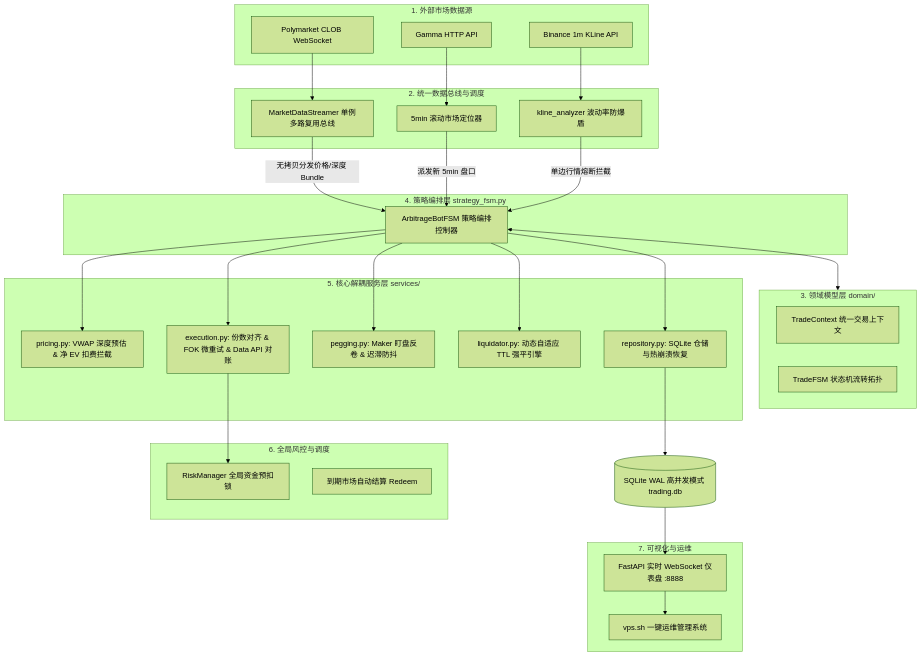
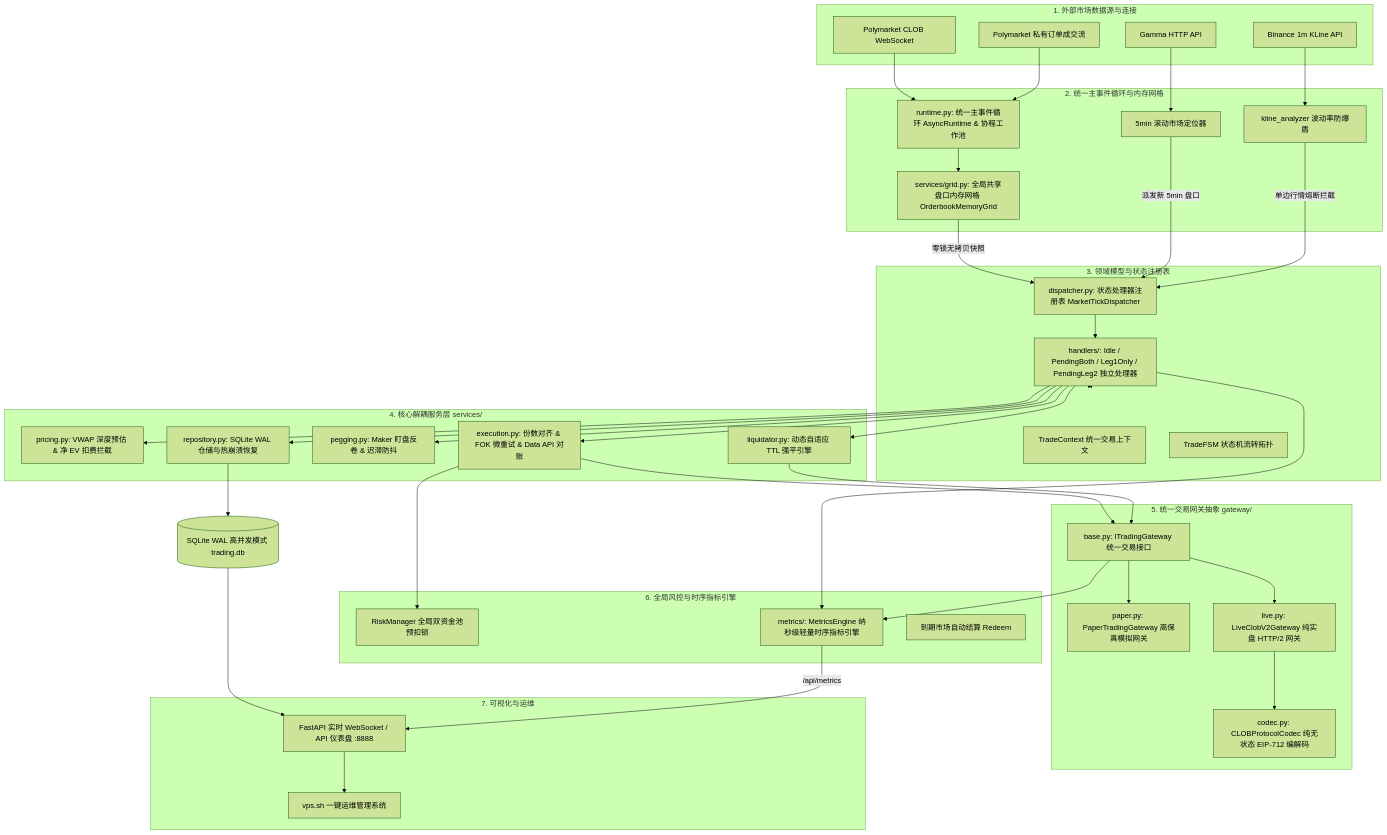
One commit to jiyaoghl/polymarket-fsm-arbitrage changed the diagram in README.md. Above: the diagram before and after it, drawn with Mermaid (forest theme). The commit also changed other lines of this file and 32 other files, not shown here.

````diff
--- a/README.md
+++ b/README.md
@@ -9,62 +9,81 @@
 ```mermaid
 flowchart TD
-    subgraph Market_Data [1. 外部市场数据源]
+    subgraph Market_Data [1. 外部市场数据源与连接]
         WS[Polymarket CLOB WebSocket]
+        USER_WS[Polymarket 私有订单成交流]
         GAMMA[Gamma HTTP API]
         BINANCE[Binance 1m KLine API]
     end
 
-    subgraph Data_Bus [2. 统一数据总线与调度]
-        STREAMER[MarketDataStreamer 单例多路复用总线]
+    subgraph Data_Bus [2. 统一主事件循环与内存网格]
+        RUNTIME[runtime.py: 统一主事件循环 AsyncRuntime & 协程工作池]
+        GRID[services/grid.py: 全局共享盘口内存网格 OrderbookMemoryGrid]
         DISCOVER[5min 滚动市场定位器]
         CHOP_FILTER[kline_analyzer 波动率防爆盾]
     end
 
-    WS --> STREAMER
+    WS --> RUNTIME
+    USER_WS --> RUNTIME
+    RUNTIME --> GRID
     GAMMA --> DISCOVER
     BINANCE --> CHOP_FILTER
 
-    subgraph Domain_Layer [3. 领域模型层 domain/]
+    subgraph Domain_Layer [3. 领域模型与状态注册表]
         MODELS[TradeContext 统一交易上下文]
         FSM[TradeFSM 状态机流转拓扑]
+        DISPATCHER[dispatcher.py: 状态处理器注册表 MarketTickDispatcher]
+        HANDLERS[handlers/: Idle / PendingBoth / Leg1Only / PendingLeg2 独立处理器]
     end
 
-    subgraph Strategy_Matrix [4. 策略编排层 strategy_fsm.py]
-        ORCHESTRATOR[ArbitrageBotFSM 策略编排控制器]
-    end
+    GRID -->|零锁无拷贝快照| DISPATCHER
+    DISPATCHER --> HANDLERS
+    DISCOVER -->|派发新 5min 盘口| DISPATCHER
+    CHOP_FILTER -->|单边行情熔断拦截| DISPATCHER
+    HANDLERS <--> Domain_Layer
 
-    STREAMER -->|无拷贝分发价格/深度 Bundle| ORCHESTRATOR
-    DISCOVER -->|派发新 5min 盘口| ORCHESTRATOR
-    CHOP_FILTER -->|单边行情熔断拦截| ORCHESTRATOR
-    ORCHESTRATOR <--> Domain_Layer
-
-    subgraph Core_Services [5. 核心解耦服务层 services/]
+    subgraph Core_Services [4. 核心解耦服务层 services/]
         PRICING[pricing.py: VWAP 深度预估 & 净 EV 扣费拦截]
         EXECUTION[execution.py: 份数对齐 & FOK 微重试 & Data API 对账]
         PEGGING[pegging.py: Maker 盯盘反卷 & 迟滞防抖]
         LIQUIDATOR[liquidator.py: 动态自适应 TTL 强平引擎]
-        REPO[repository.py: SQLite 仓储与热崩溃恢复]
+        REPO[repository.py: SQLite WAL 仓储与热崩溃恢复]
     end
 
-    ORCHESTRATOR --> PRICING
-    ORCHESTRATOR --> EXECUTION
-    ORCHESTRATOR --> PEGGING
-    ORCHESTRATOR --> LIQUIDATOR
-    ORCHESTRATOR --> REPO
+    HANDLERS --> PRICING
+    HANDLERS --> EXECUTION
+    HANDLERS --> PEGGING
+    HANDLERS --> LIQUIDATOR
+    HANDLERS --> REPO
 
-    subgraph Risk_Defense [6. 全局风控与调度]
-        RISK_MGR[RiskManager 全局资金预扣锁]
+    subgraph Gateway_Layer [5. 统一交易网关抽象 gateway/]
+        CODEC[codec.py: CLOBProtocolCodec 纯无状态 EIP-712 编解码]
+        GATEWAY[base.py: ITradingGateway 统一交易接口]
+        PAPER[paper.py: PaperTradingGateway 高保真模拟网关]
+        LIVE[live.py: LiveClobV2Gateway 纯实盘 HTTP/2 网关]
+    end
+
+    EXECUTION --> GATEWAY
+    LIQUIDATOR --> GATEWAY
+    GATEWAY --> PAPER & LIVE
+    LIVE --> CODEC
+
+    subgraph Risk_Observability [6. 全局风控与时序指标引擎]
+        RISK_MGR[RiskManager 全局双资金池预扣锁]
+        METRICS[metrics/: MetricsEngine 纳秒级轻量时序指标引擎]
         AUTO_REDEEM[到期市场自动结算 Redeem]
     end
 
+    GATEWAY --> METRICS
+    HANDLERS --> METRICS
     EXECUTION --> RISK_MGR
     REPO --> DB[(SQLite WAL 高并发模式 trading.db)]
 
     subgraph Storage_UI [7. 可视化与运维]
-        DASHBOARD[FastAPI 实时 WebSocket 仪表盘 :8888]
+        DASHBOARD[FastAPI 实时 WebSocket / API 仪表盘 :8888]
         VPS_CLI[vps.sh 一键运维管理系统]
     end
 
     DB --> DASHBOARD
+    METRICS -->|/api/metrics| DASHBOARD
     DASHBOARD --> VPS_CLI
 ```
````
